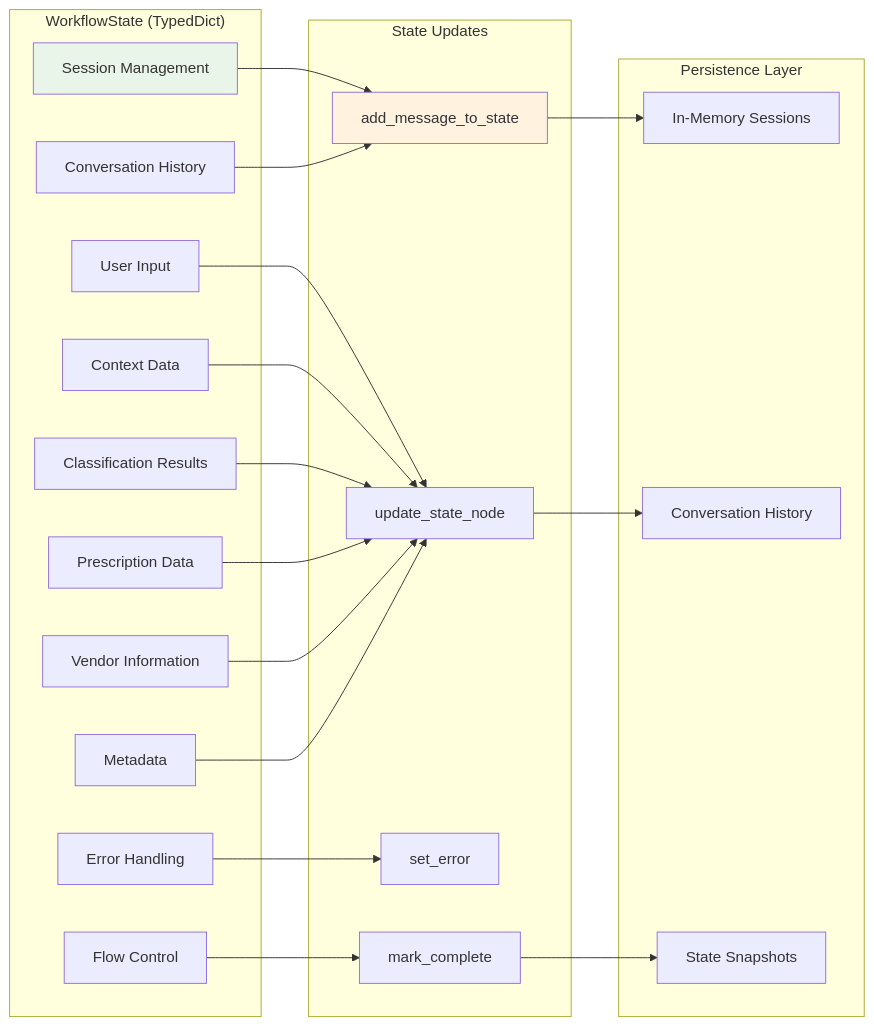
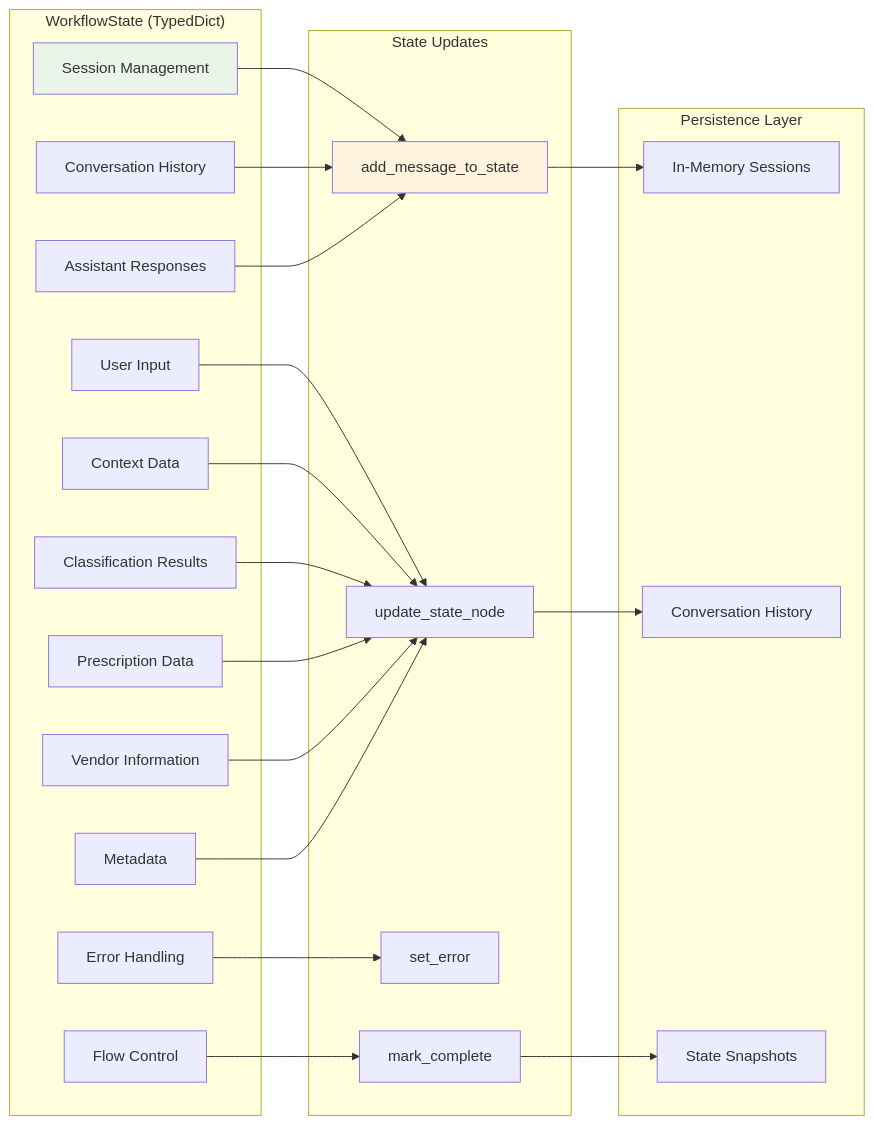
The fifth of 16 diagrams in engine/fsm_agent/VISUAL_ARCHITECTURE.md (Amitgm/sasya-chikitsa), drawn with Mermaid before and after one commit. The commit also changed other lines of this file and 53 other files, not shown here.

````diff
--- a/engine/fsm_agent/VISUAL_ARCHITECTURE.md
+++ b/engine/fsm_agent/VISUAL_ARCHITECTURE.md
@@ -208,46 +209,48 @@
 ```mermaid
 graph LR
     subgraph "WorkflowState (TypedDict)"
         A[Session Management]
         B[User Input]
         C[Context Data]
         D[Classification Results]
         E[Prescription Data] 
         F[Vendor Information]
         G[Conversation History]
         H[Flow Control]
         I[Error Handling]
         J[Metadata]
+        K[Assistant Responses]
     end
     
     subgraph "State Updates"
-        K[add_message_to_state]
-        L[update_state_node]
-        M[set_error]
-        N[mark_complete]
+        L[add_message_to_state]
+        M[update_state_node]
+        N[set_error]
+        O[mark_complete]
     end
     
-    A --> K
-    B --> L
-    C --> L
-    D --> L
-    E --> L
-    F --> L
-    G --> K
-    H --> N
-    I --> M
-    J --> L
+    A --> L
+    B --> M
+    C --> M
+    D --> M
+    E --> M
+    F --> M
+    G --> L
+    H --> O
+    I --> N
+    J --> M
+    K --> L
     
     subgraph "Persistence Layer"
-        O[In-Memory Sessions]
-        P[Conversation History]
-        Q[State Snapshots]
+        P[In-Memory Sessions]
+        Q[Conversation History]
+        R[State Snapshots]
     end
     
-    K --> O
     L --> P
-    N --> Q
+    M --> Q
+    O --> R
     
     style A fill:#e8f5e8
-    style K fill:#fff3e0
+    style L fill:#fff3e0
 ```
````
